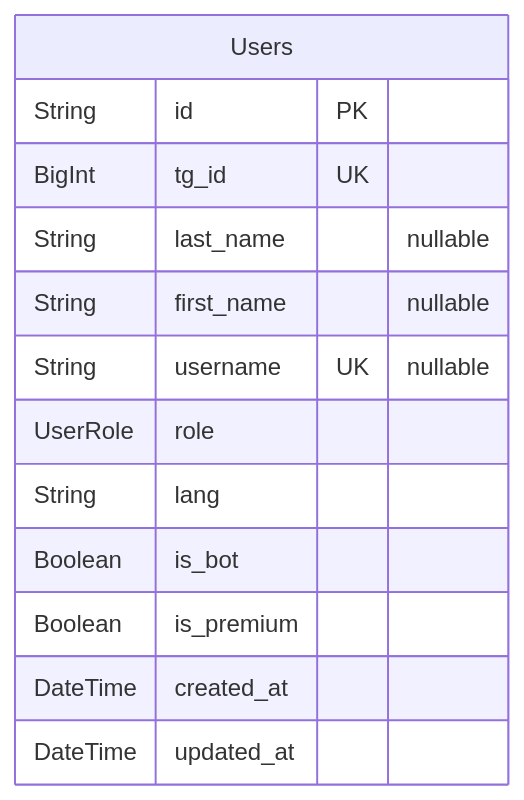
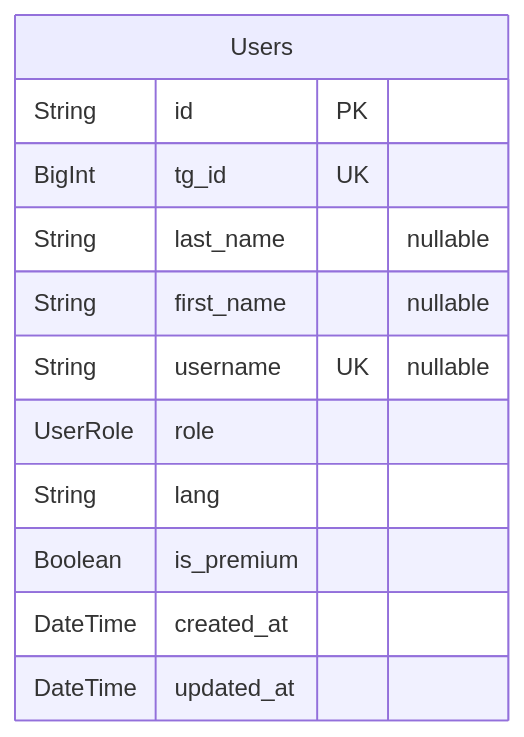
One commit to NeatDeveloper/Thodle changed the second of 3 diagrams in packages/db/prisma/DatabaseSchema.md. Above: the diagram before and after it, drawn with Mermaid. The commit also changed other lines of this file and 45 other files, not shown here.

````diff
--- a/packages/db/prisma/DatabaseSchema.md
+++ b/packages/db/prisma/DatabaseSchema.md
@@ -168,16 +168,15 @@
 ```mermaid
 erDiagram
 "Users" {
   String id PK
   BigInt tg_id UK
   String last_name "nullable"
   String first_name "nullable"
   String username UK "nullable"
   UserRole role
   String lang
-  Boolean is_bot
   Boolean is_premium
   DateTime created_at
   DateTime updated_at
 }
 ```
````
